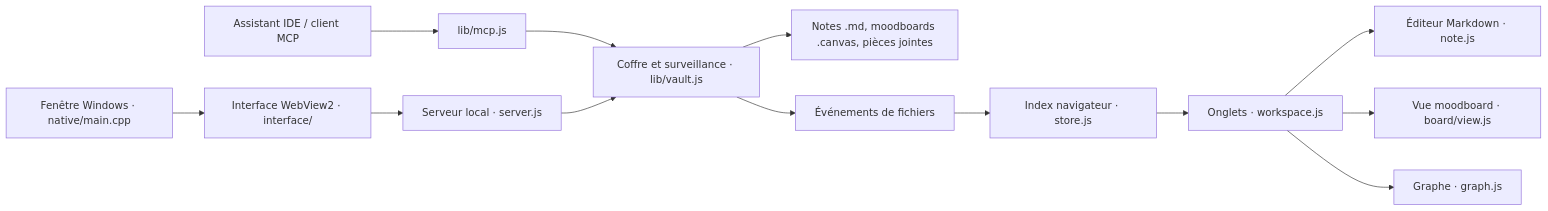
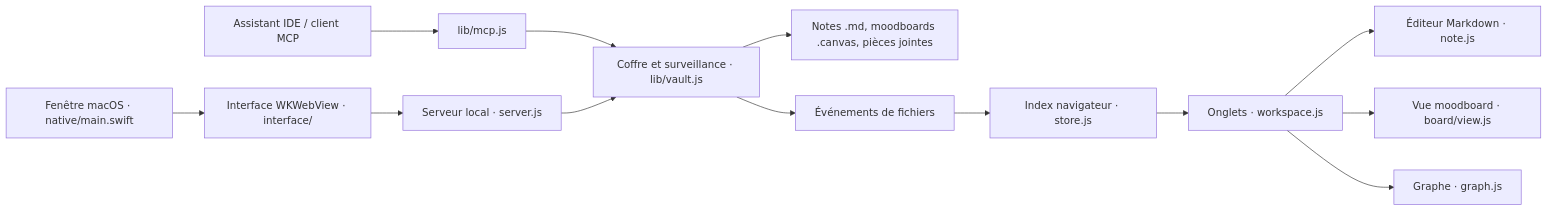
One commit to zaalis/opale changed the first of 2 diagrams in docs/CARTOGRAPHIE.md. Above: the diagram before and after it, drawn with Mermaid. The commit also changed other lines of this file and 26 other files, not shown here.

````diff
--- a/docs/CARTOGRAPHIE.md
+++ b/docs/CARTOGRAPHIE.md
@@ -9,15 +9,15 @@
 ```mermaid
 flowchart LR
-  Native["Fenêtre Windows · native/main.cpp"] --> Web["Interface WebView2 · interface/"]
+  Native["Fenêtre macOS · native/main.swift"] --> Web["Interface WKWebView · interface/"]
   Web --> API["Serveur local · server.js"]
   IDE["Assistant IDE / client MCP"] --> MCP["lib/mcp.js"]
   MCP --> Vault["Coffre et surveillance · lib/vault.js"]
   API --> Vault
   Vault --> Disk["Notes .md, moodboards .canvas, pièces jointes"]
   Vault --> Events["Événements de fichiers"]
   Events --> Store["Index navigateur · store.js"]
   Store --> Tabs["Onglets · workspace.js"]
   Tabs --> Note["Éditeur Markdown · note.js"]
   Tabs --> Moodboard["Vue moodboard · board/view.js"]
   Tabs --> Graph["Graphe · graph.js"]
 ```
````
